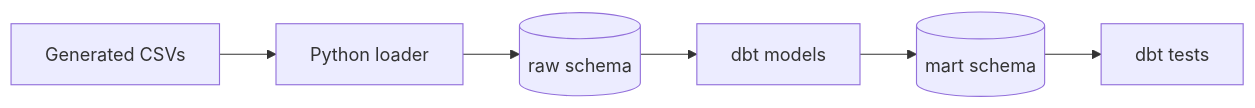
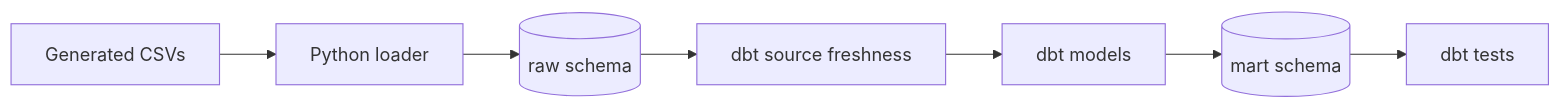
Before and after one commit to Wasim-Jussab/finance-analytics-engineering-portfolio: the diagram in docs/dbt-workflow.md, drawn with Mermaid. The commit also changed other lines of this file and 12 other files, not shown here.

Commit message:
Day 16: add source freshness controls

````diff
--- a/docs/dbt-workflow.md
+++ b/docs/dbt-workflow.md
@@ -9,8 +9,9 @@
 ```mermaid
 flowchart LR
     A[Generated CSVs] --> B[Python loader]
     B --> C[(raw schema)]
-    C --> D[dbt models]
+    C --> G[dbt source freshness]
+    G --> D[dbt models]
     D --> E[(mart schema)]
     E --> F[dbt tests]
 ```
````
